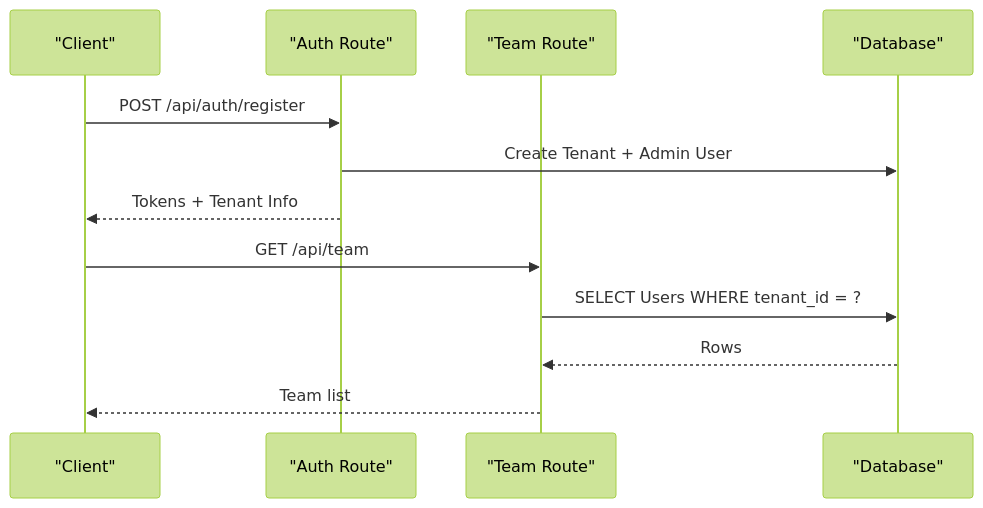
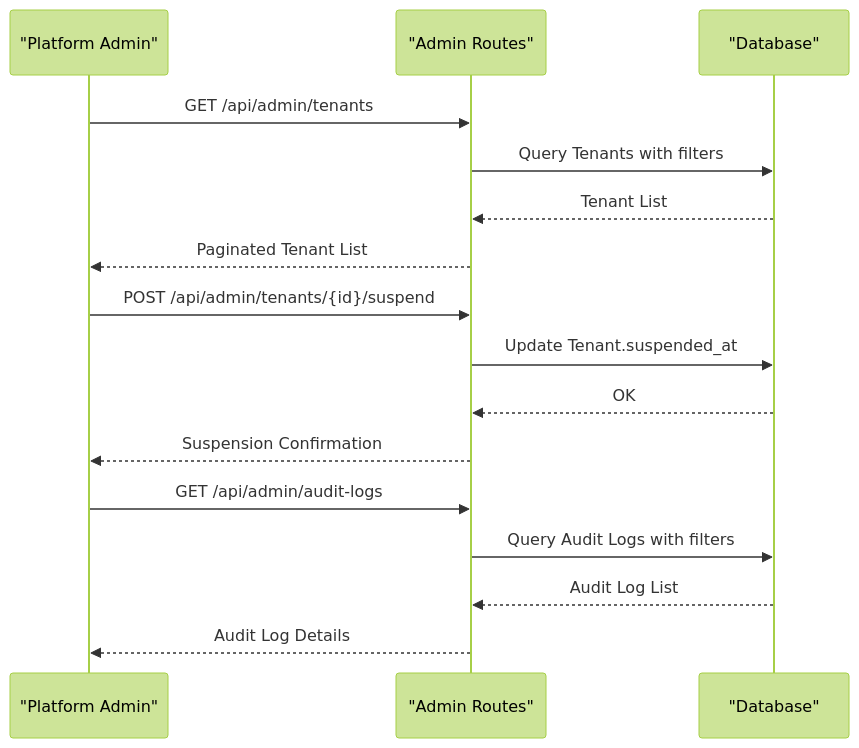
The third of 10 diagrams in .qoder/repowiki/en/content/Multi-Tenant System/Multi-Tenant System.md (Revanththetalogics/aireume), drawn with Mermaid (forest theme) before and after one commit. The commit also changed other lines of this file and 10 other files, not shown here.

````diff
--- a/.qoder/repowiki/en/content/Multi-Tenant System/Multi-Tenant System.md
+++ b/.qoder/repowiki/en/content/Multi-Tenant System/Multi-Tenant System.md
@@ -217,14 +346,18 @@
 ```mermaid
 sequenceDiagram
-participant Client as "Client"
-participant Auth as "Auth Route"
-participant Team as "Team Route"
+participant Admin as "Platform Admin"
+participant AdminRoute as "Admin Routes"
 participant DB as "Database"
-Client->>Auth : POST /api/auth/register
-Auth->>DB : Create Tenant + Admin User
-Auth-->>Client : Tokens + Tenant Info
-Client->>Team : GET /api/team
-Team->>DB : SELECT Users WHERE tenant_id = ?
-DB-->>Team : Rows
-Team-->>Client : Team list
+Admin->>AdminRoute : GET /api/admin/tenants
+AdminRoute->>DB : Query Tenants with filters
+DB-->>AdminRoute : Tenant List
+AdminRoute-->>Admin : Paginated Tenant List
+Admin->>AdminRoute : POST /api/admin/tenants/{id}/suspend
+AdminRoute->>DB : Update Tenant.suspended_at
+DB-->>AdminRoute : OK
+AdminRoute-->>Admin : Suspension Confirmation
+Admin->>AdminRoute : GET /api/admin/audit-logs
+AdminRoute->>DB : Query Audit Logs with filters
+DB-->>AdminRoute : Audit Log List
+AdminRoute-->>Admin : Audit Log Details
 ```
````
